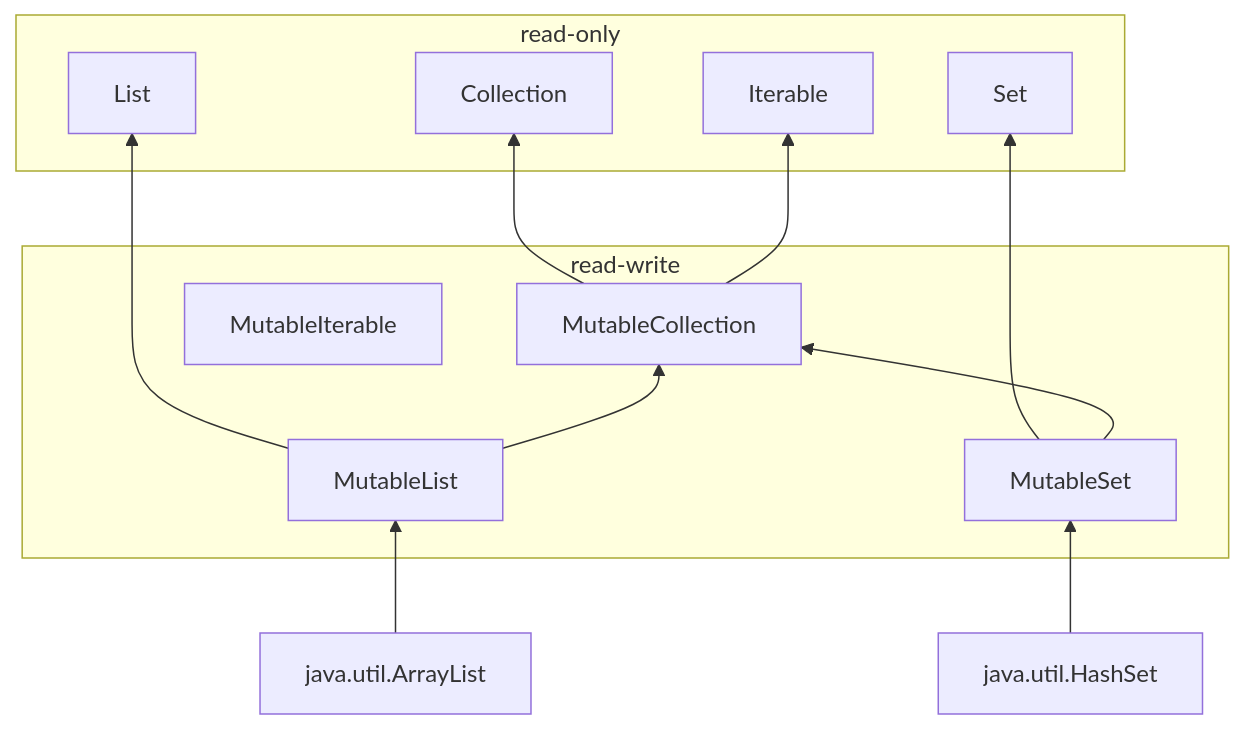
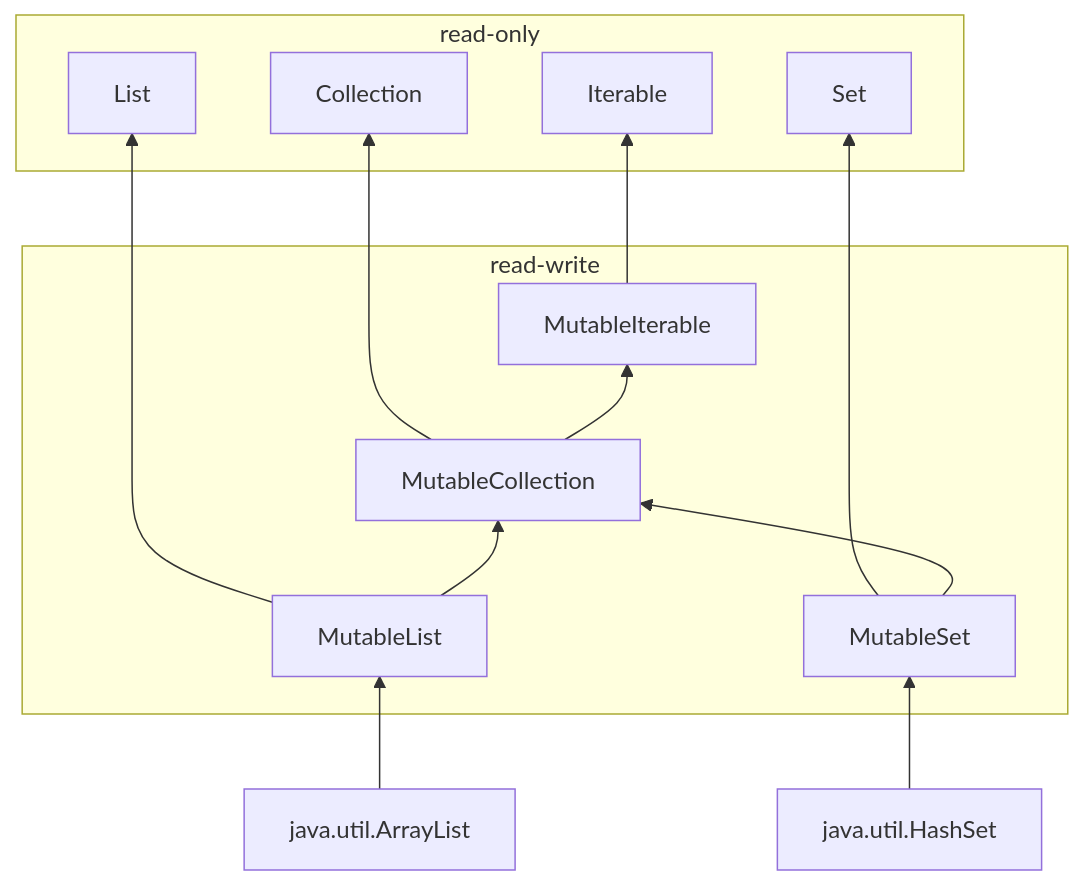
Before and after one commit to yongsuk44/Study: the diagram in Item1 : 가변성의 제한.md, drawn with Mermaid. The commit also changed 1 other file, not shown here.

Commit message:
아이템 6 선언한 함수에서 실패를 하거나 예외가 나오는 경우
실패를 개발자가 인지하는 경우 null or sealed class를 사용해서 실패에 대응하고 인지하지 못하는 에러의 경우에는 throw를 처리하자

````diff
--- a/Item1 : 가변성의 제한.md
+++ b/Item1 : 가변성의 제한.md
@@ -130,26 +130,27 @@
 ```mermaid
 graph BT 
     java.util.ArrayList --> MutableList;
     java.util.HashSet --> MutableSet;
     MutableList --> List;
     MutableSet --> Set;
     
     MutableSet --> MutableCollection;
     MutableList --> MutableCollection;
     MutableCollection --> Collection;
-    MutableCollection --> Iterable;
+    MutableCollection --> MutableIterable;
+    MutableIterable --> Iterable;
     
     subgraph read-write
         MutableList;
         MutableSet;
         MutableCollection;
         MutableIterable;
     end
     
     subgraph read-only
             List;
             Set;
             Collection;
             Iterable;
     end
 ```
````
